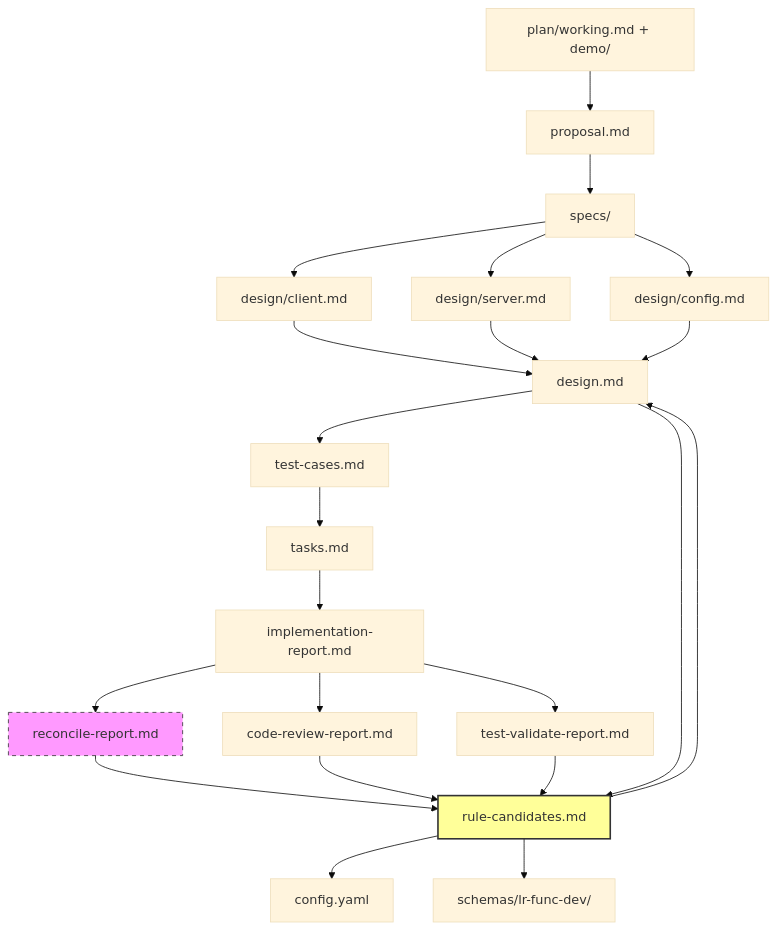
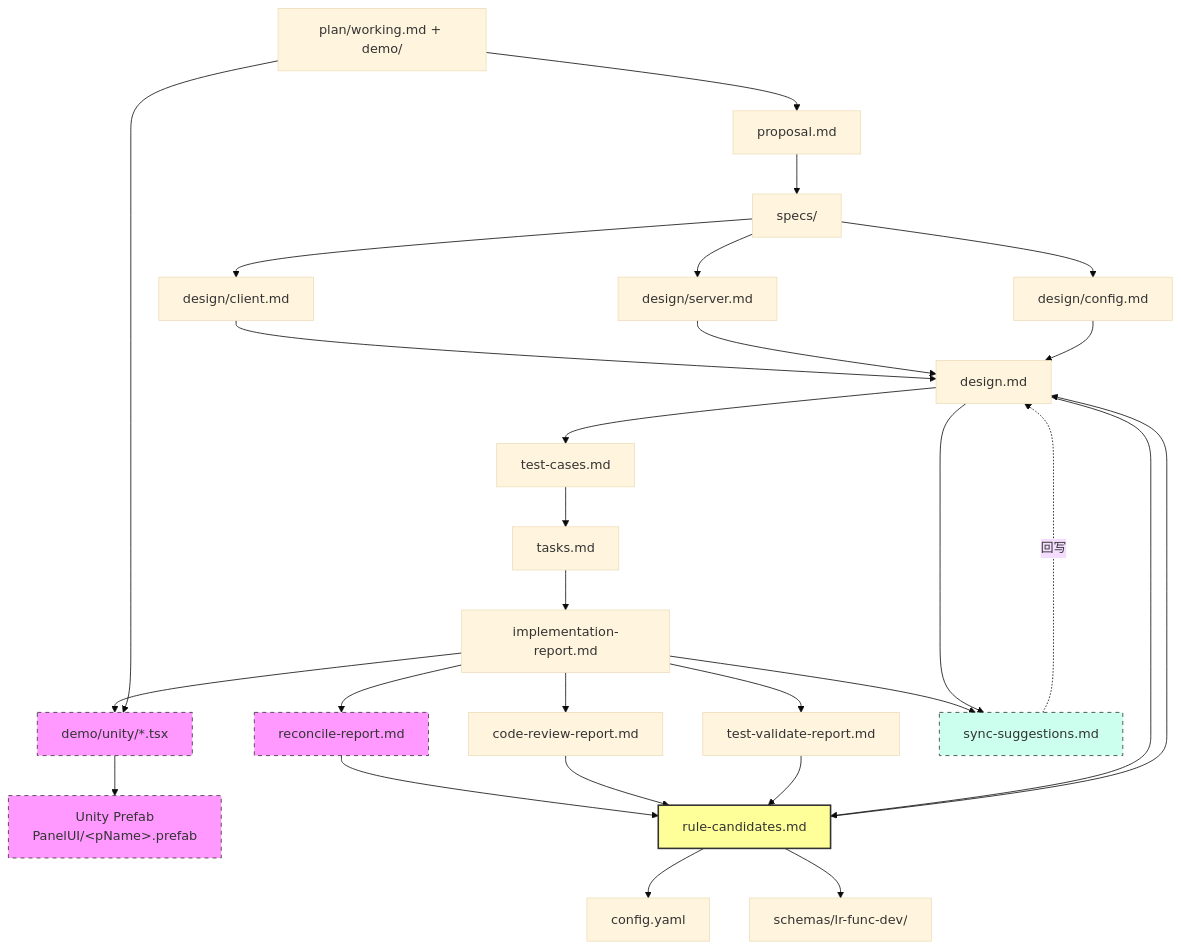
The second of 2 diagrams in README.md (Topq/OpenSpec), drawn with Mermaid (base theme) before and after one commit. The commit also changed other lines of this file and 135 other files, not shown here.

````diff
--- a/README.md
+++ b/README.md
@@ -121,30 +189,41 @@
 ```mermaid
 graph TD
     A[plan/working.md + demo/] --> B[proposal.md]
     B --> C[specs/]
     C --> D[design/client.md]
     C --> E[design/server.md]
     C --> F[design/config.md]
     D --> G[design.md]
     E --> G
     F --> G
     G --> H[test-cases.md]
     H --> I[tasks.md]
     I --> J[implementation-report.md]
 
+    J --> Q["demo/unity/*.tsx"]
+    A --> Q
+    Q --> R["Unity Prefab<br/>PanelUI/&lt;pName&gt;.prefab"]
+
     J --> K[reconcile-report.md]
     J --> L[code-review-report.md]
     J --> M[test-validate-report.md]
+
+    J --> S["sync-suggestions.md"]
+    G --> S
+    S -.->|回写| G
 
     K --> N[rule-candidates.md]
     L --> N
     M --> N
     G --> N
 
     N --> O[config.yaml]
     N --> P[schemas/lr-func-dev/]
     N --> G
 
+    style Q fill:#f9f,stroke:#333,stroke-dasharray: 5 5
+    style R fill:#f9f,stroke:#333,stroke-dasharray: 5 5
     style K fill:#f9f,stroke:#333,stroke-dasharray: 5 5
+    style S fill:#cfe,stroke:#333,stroke-dasharray: 5 5
     style N fill:#ff9,stroke:#333,stroke-width:2px
 ```
````
